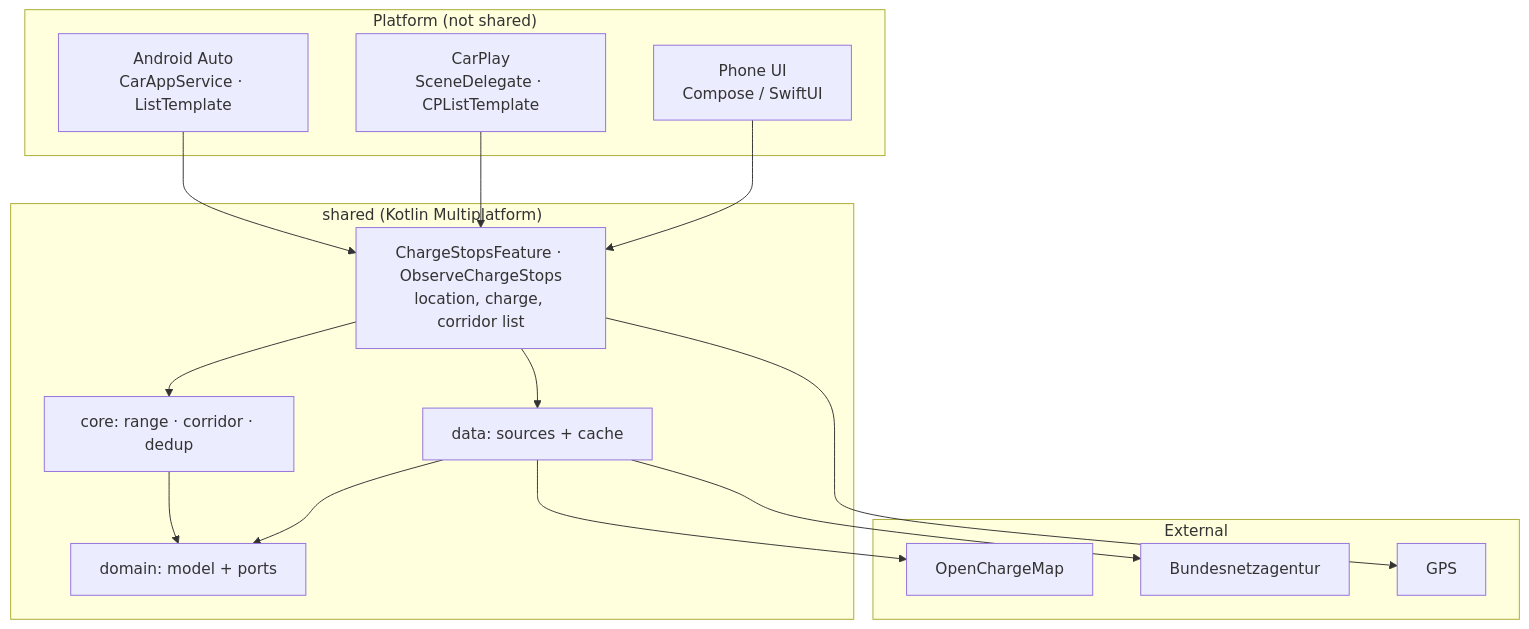
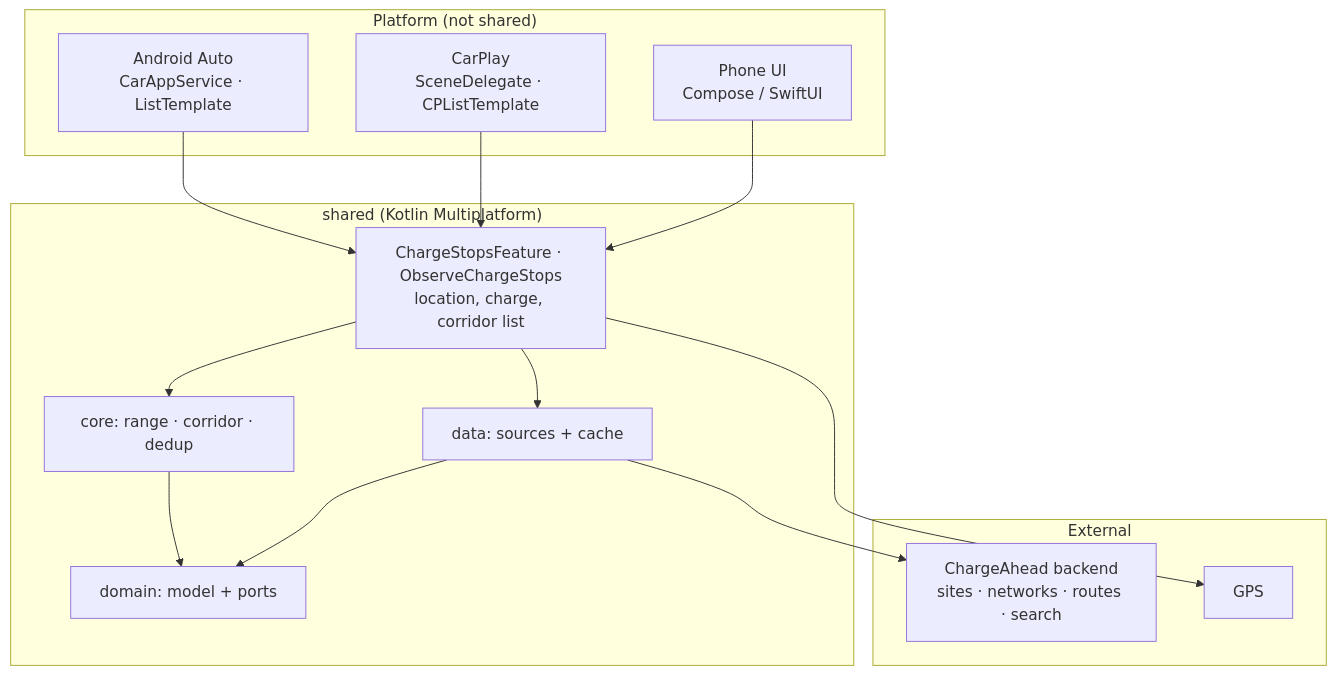
The diagram in ARCHITECTURE.md (kalinjul/ChargeAhead), drawn with Mermaid before and after one commit. The commit also changed other lines of this file and 87 other files, not shown here.

First line of the commit message:
Get charging networks from the backend and drop operation without it (#109)

````diff
--- a/ARCHITECTURE.md
+++ b/ARCHITECTURE.md
@@ -188,29 +188,27 @@
 ```mermaid
 flowchart TD
     subgraph plat["Platform (not shared)"]
         AA["Android Auto<br/>CarAppService · ListTemplate"]
         CP["CarPlay<br/>SceneDelegate · CPListTemplate"]
         PH["Phone UI<br/>Compose / SwiftUI"]
     end
     subgraph shared["shared (Kotlin Multiplatform)"]
         VM["ChargeStopsFeature · ObserveChargeStops<br/>location, charge, corridor list"]
         CORE["core: range · corridor · dedup"]
         DOM["domain: model + ports"]
         DATA["data: sources + cache"]
     end
     subgraph ext["External"]
-        OCM["OpenChargeMap"]
-        BNA["Bundesnetzagentur"]
+        BE["ChargeAhead backend<br/>sites · networks · routes · search"]
         LOC["GPS"]
     end
     AA --> VM
     CP --> VM
     PH --> VM
     VM --> CORE
     CORE --> DOM
     DATA --> DOM
     VM --> DATA
-    DATA --> OCM
-    DATA --> BNA
+    DATA --> BE
     VM --> LOC
 ```
````
